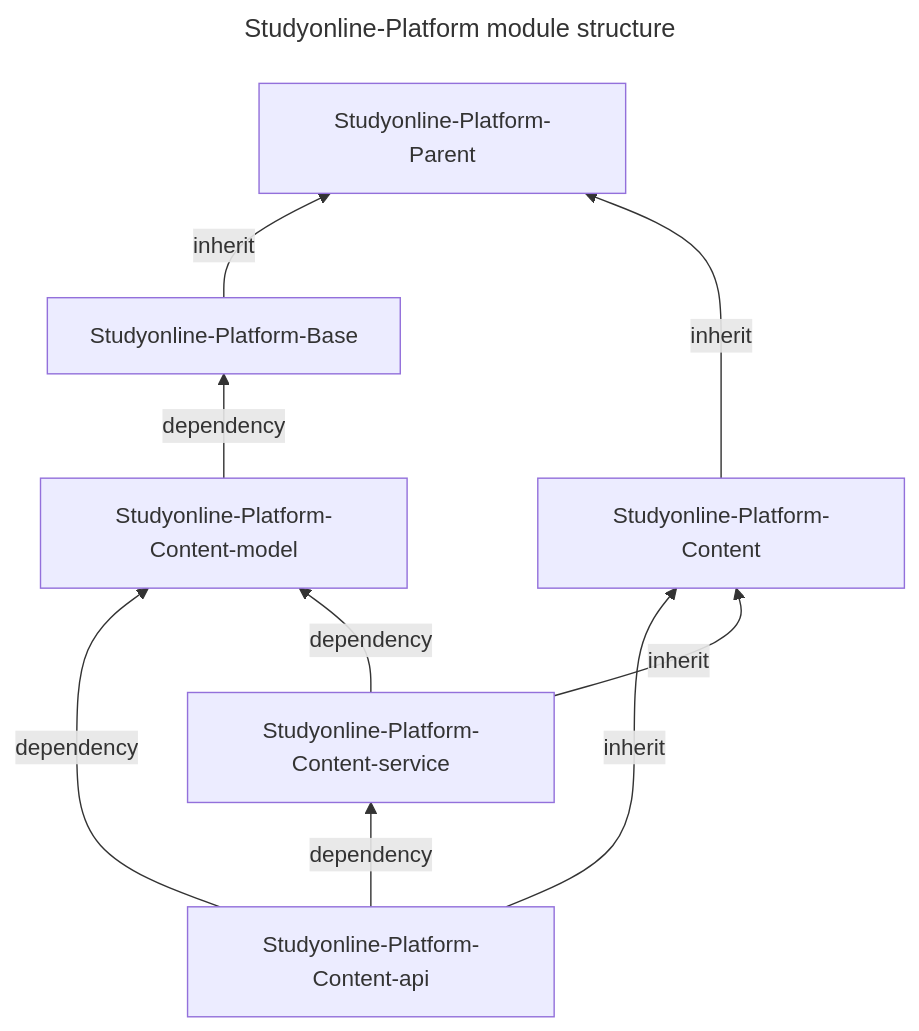
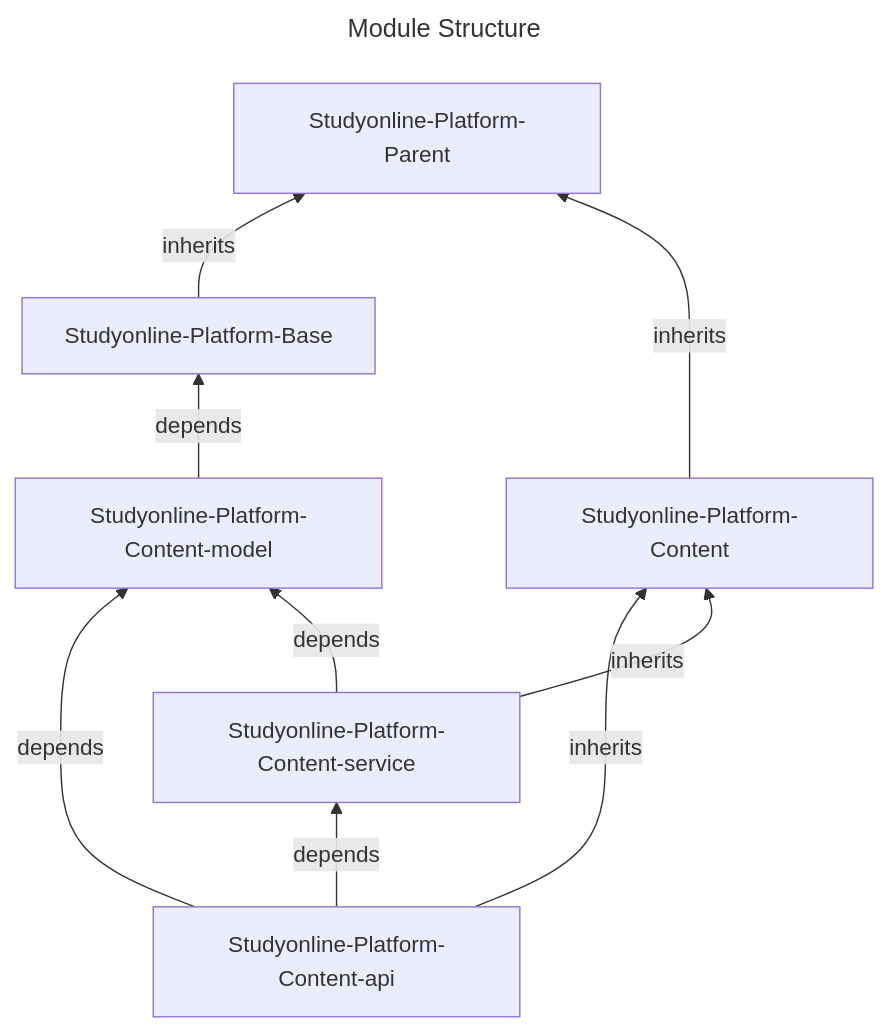
The diagram in README.md (ChengGuang-Li/studyonline-platform), drawn with Mermaid before and after one commit. The commit also changed other lines of this file, not shown here.

````diff
--- a/README.md
+++ b/README.md
@@ -16,14 +17,14 @@
 ```mermaid
 ---
-title: Studyonline-Platform module structure
+title: Module Structure
 ---
 flowchart BT
-base[Studyonline-Platform-Base] --> |inherit| parent[Studyonline-Platform-Parent]
-content[Studyonline-Platform-Content] --> |inherit| parent
-contentApi[Studyonline-Platform-Content-api] --> |inherit| content
-contentService[Studyonline-Platform-Content-service] --> |inherit| content
-contentApi[Studyonline-Platform-Content-api] --> |dependency| contentDb[Studyonline-Platform-Content-model]
-contentApi --> |dependency| contentService
-contentService --> |dependency| contentDb
-contentDb --> |dependency| base
+base[Studyonline-Platform-Base] --> |inherits| parent[Studyonline-Platform-Parent]
+content[Studyonline-Platform-Content] --> |inherits| parent
+contentApi[Studyonline-Platform-Content-api] --> |inherits| content
+contentService[Studyonline-Platform-Content-service] --> |inherits| content
+contentApi[Studyonline-Platform-Content-api] --> |depends| contentDb[Studyonline-Platform-Content-model]
+contentApi --> |depends| contentService
+contentService --> |depends| contentDb
+contentDb --> |depends| base
 ```
````
